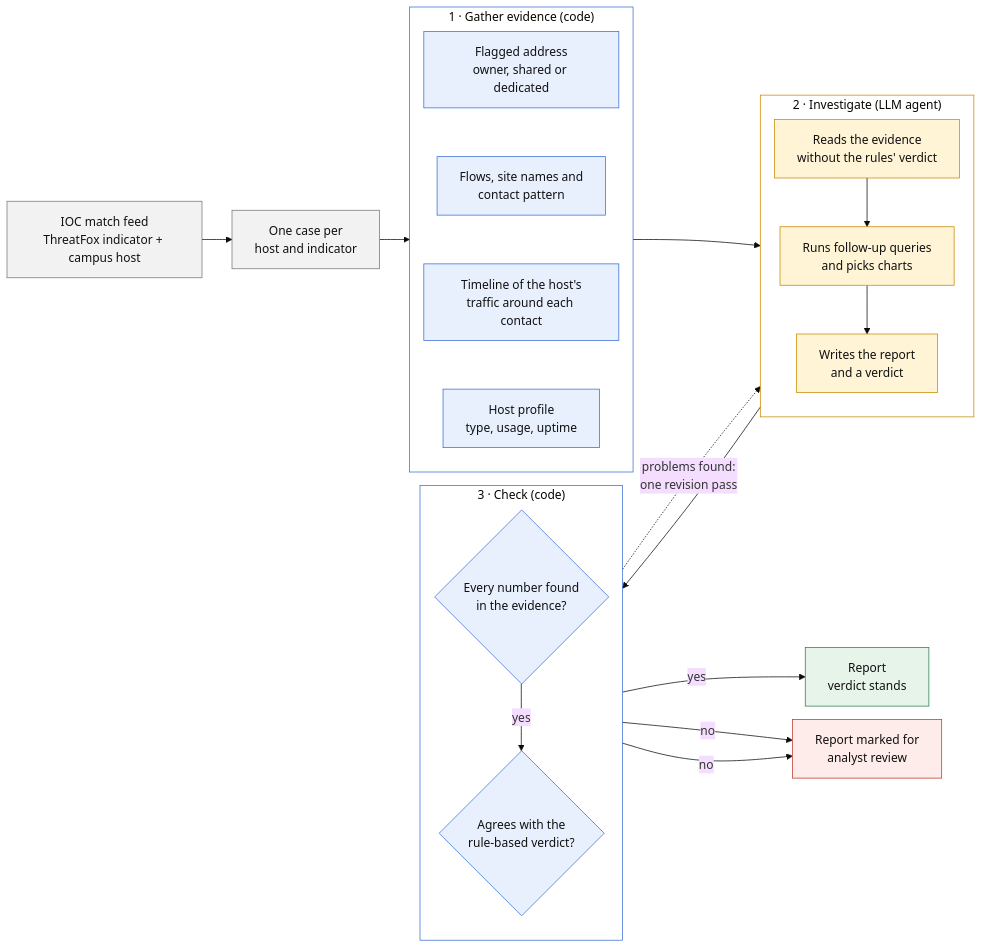
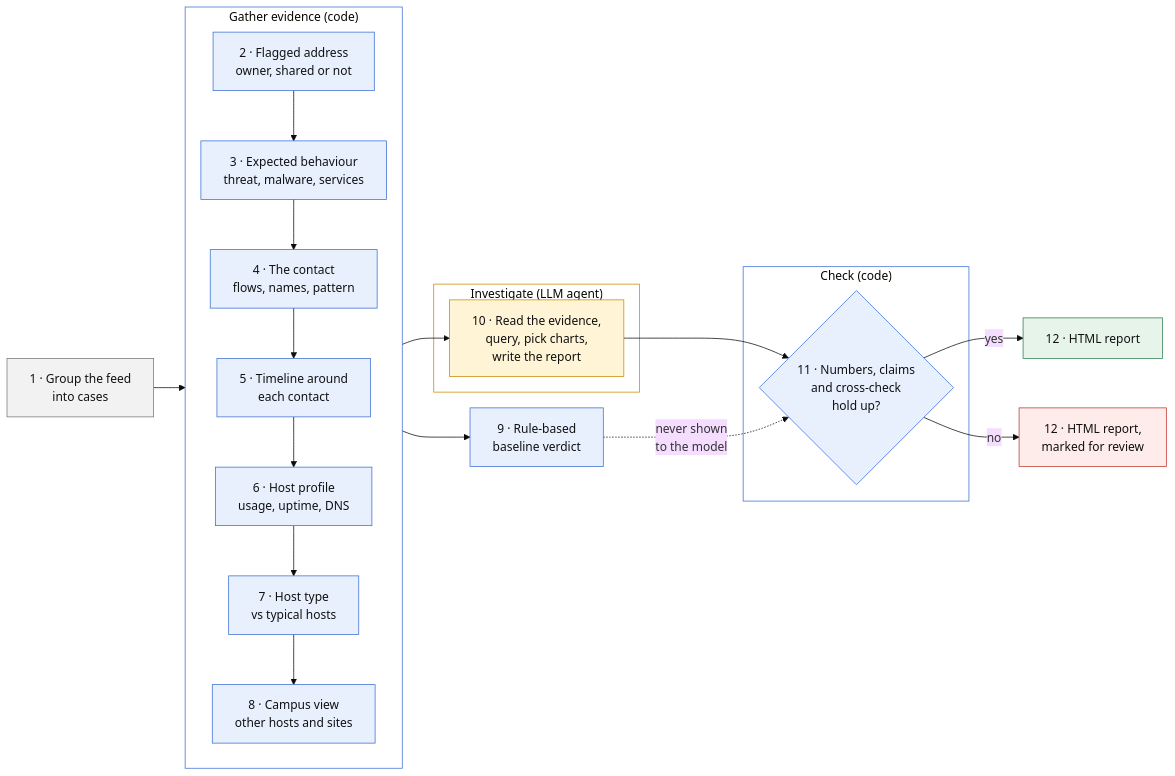
Before and after one commit to Benji-code/automated-ioc-investigator: the first of 2 diagrams in README.md, drawn with Mermaid (base theme). The commit also changed other lines of this file, not shown here.

Commit message:
Brought back workflow table

````diff
--- a/README.md
+++ b/README.md
@@ -33,53 +33,47 @@
 ```mermaid
-%%{init: {"flowchart": {"nodeSpacing": 18, "rankSpacing": 40}}}%%
+%%{init: {"flowchart": {"nodeSpacing": 22, "rankSpacing": 42}}}%%
 flowchart LR
-    feed["IOC match feed<br/>ThreatFox indicator + campus host"] --> cases["One case per<br/>host and indicator"]
-    cases --> gather
+    s1["1 · Group the feed<br/>into cases"] --> gather
 
-    subgraph gather["1 · Gather evidence (code)"]
+    subgraph gather["Gather evidence (code)"]
         direction TB
-        g1["Flagged address<br/>owner, shared or dedicated"]
-        g2["Flows, site names and<br/>contact pattern"]
-        g3["Timeline of the host's<br/>traffic around each contact"]
-        g4["Host profile<br/>type, usage, uptime"]
-        g1 ~~~ g2 ~~~ g3 ~~~ g4
+        s2["2 · Flagged address<br/>owner, shared or not"]
+        s3["3 · Expected behaviour<br/>threat, malware, services"]
+        s4["4 · The contact<br/>flows, names, pattern"]
+        s5["5 · Timeline around<br/>each contact"]
+        s6["6 · Host profile<br/>usage, uptime, DNS"]
+        s7["7 · Host type<br/>vs typical hosts"]
+        s8["8 · Campus view<br/>other hosts and sites"]
+        s2 --> s3 --> s4 --> s5 --> s6 --> s7 --> s8
     end
 
-    gather --> investigate
+    gather --> s9["9 · Rule-based<br/>baseline verdict"]
+    gather --> s10
 
-    subgraph investigate["2 · Investigate (LLM agent)"]
-        direction TB
-        m1["Reads the evidence<br/>without the rules' verdict"]
-        m2["Runs follow-up queries<br/>and picks charts"]
-        m3["Writes the report<br/>and a verdict"]
-        m1 --> m2 --> m3
+    subgraph investigate["Investigate (LLM agent)"]
+        s10["10 · Read the evidence,<br/>query, pick charts,<br/>write the report"]
     end
 
-    investigate --> check
-
-    subgraph check["3 · Check (code)"]
-        direction TB
-        c1{"Every number found<br/>in the evidence?"}
-        c2{"Agrees with the<br/>rule-based verdict?"}
-        c1 -- yes --> c2
+    subgraph check["Check (code)"]
+        s11{"11 · Numbers, claims<br/>and cross-check<br/>hold up?"}
     end
 
-    check -. "problems found:<br/>one revision pass" .-> investigate
-    c2 -- yes --> done["Report<br/>verdict stands"]
-    c1 -- no --> review["Report marked for<br/>analyst review"]
-    c2 -- no --> review
+    s10 --> s11
+    s9 -. "never shown<br/>to the model" .-> s11
+    s11 -- yes --> s12["12 · HTML report"]
+    s11 -- "no" --> s12r["12 · HTML report,<br/>marked for review"]
 
     classDef code fill:#e8f0fe,stroke:#3b6fd4,color:#111
     classDef model fill:#fff4d6,stroke:#c98a00,color:#111
     classDef io fill:#f2f2f2,stroke:#777,color:#111
     classDef good fill:#e6f4ea,stroke:#2e7d4f,color:#111
     classDef warn fill:#fdecea,stroke:#c0392b,color:#111
-    class g1,g2,g3,g4,c1,c2 code
-    class m1,m2,m3 model
-    class feed,cases io
-    class done good
-    class review warn
+    class s2,s3,s4,s5,s6,s7,s8,s9,s11 code
+    class s10 model
+    class s1 io
+    class s12 good
+    class s12r warn
     style gather fill:none,stroke:#3b6fd4
     style investigate fill:none,stroke:#c98a00
     style check fill:none,stroke:#3b6fd4
 ```
````
